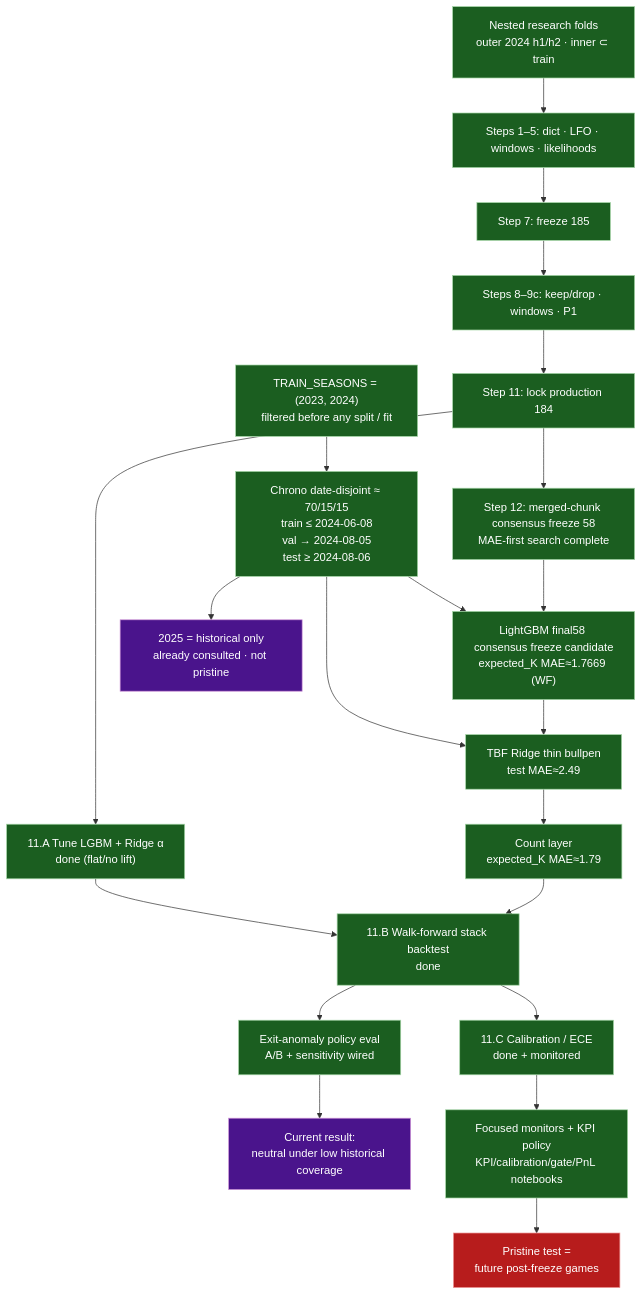
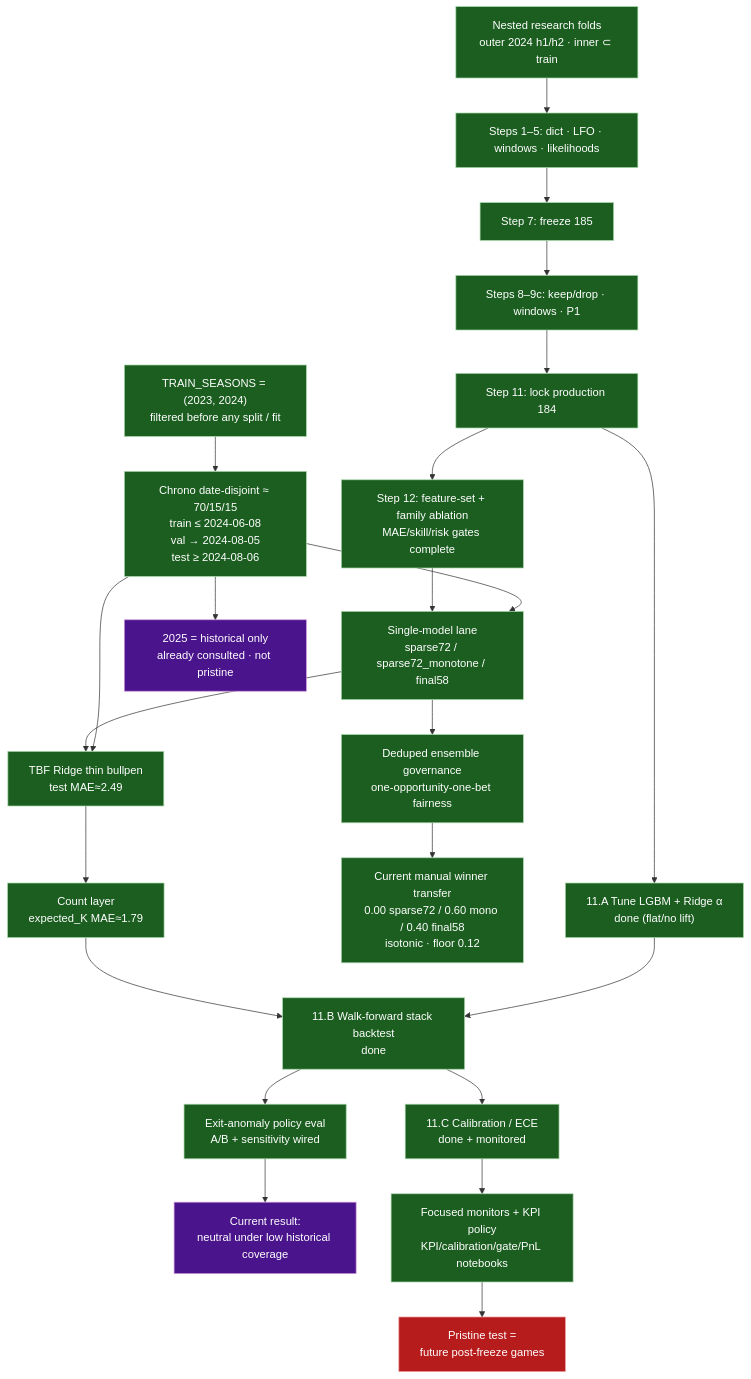
Before and after one commit to Cbkaplinger/MLB-Props: the diagram in docs/diagrams/03-modeling-and-evaluation.md, drawn with Mermaid. The commit also changed other lines of this file and 38 other files, not shown here.

First line of the commit message:
Promote deduped ensemble governance and wire live k-rate blend

````diff
--- a/docs/diagrams/03-modeling-and-evaluation.md
+++ b/docs/diagrams/03-modeling-and-evaluation.md
@@ -6,44 +6,47 @@
 ```mermaid
 flowchart TB
   classDef built fill:#1b5e20,stroke:#a5d6a7,color:#fff
   classDef partial fill:#e65100,stroke:#ffcc80,color:#fff
   classDef missing fill:#b71c1c,stroke:#ef9a9a,color:#fff
   classDef risk fill:#4a148c,stroke:#ce93d8,color:#fff
   classDef next fill:#01579b,stroke:#81d4fa,color:#fff
 
   SEAS["TRAIN_SEASONS = (2023, 2024)<br/>filtered before any split / fit"]:::built
   SPLIT["Chrono date-disjoint ≈ 70/15/15<br/>train ≤ 2024-06-08<br/>val → 2024-08-05<br/>test ≥ 2024-08-06"]:::built
   NEST["Nested research folds<br/>outer 2024 h1/h2 · inner ⊂ train"]:::built
 
-  LGBM["LightGBM final58 consensus freeze candidate<br/>expected_K MAE≈1.7669 (WF)"]:::built
+  LGBM["Single-model lane<br/>sparse72 / sparse72_monotone / final58"]:::built
   TBF["TBF Ridge thin bullpen<br/>test MAE≈2.49"]:::built
   CNT["Count layer<br/>expected_K MAE≈1.79"]:::built
   HOLD["2025 = historical only<br/>already consulted · not pristine"]:::risk
 
   S1["Steps 1–5: dict · LFO · windows · likelihoods"]:::built
   S7["Step 7: freeze 185"]:::built
   S89["Steps 8–9c: keep/drop · windows · P1"]:::built
   S10["Step 11: lock production 184"]:::built
-  S12["Step 12: merged-chunk consensus freeze 58<br/>MAE-first search complete"]:::built
+  S12["Step 12: feature-set + family ablation<br/>MAE/skill/risk gates complete"]:::built
+  ENS["Deduped ensemble governance<br/>one-opportunity-one-bet fairness"]:::built
+  TOP["Current manual winner transfer<br/>0.00 sparse72 / 0.60 mono / 0.40 final58<br/>isotonic · floor 0.12"]:::built
 
   TUNE["11.A Tune LGBM + Ridge α<br/>done (flat/no lift)"]:::built
   WF["11.B Walk-forward stack backtest<br/>done"]:::built
   CAL["11.C Calibration / ECE<br/>done + monitored"]:::built
   ANOM["Exit-anomaly policy eval<br/>A/B + sensitivity wired"]:::built
   ANOMRES["Current result:<br/>neutral under low historical coverage"]:::risk
   PMON["Focused monitors + KPI policy<br/>KPI/calibration/gate/PnL notebooks"]:::built
   NEXT["Pristine test =<br/>future post-freeze games"]:::missing
 
   SEAS --> SPLIT
   SPLIT --> LGBM
   SPLIT --> TBF
   SPLIT --> HOLD
   NEST --> S1
   S1 --> S7 --> S89 --> S10 --> S12
   S12 --> LGBM
+  LGBM --> ENS --> TOP
   LGBM --> TBF --> CNT
   S10 --> TUNE --> WF --> CAL
   CNT --> WF
   CAL --> PMON --> NEXT
   WF --> ANOM --> ANOMRES
 ```
````
